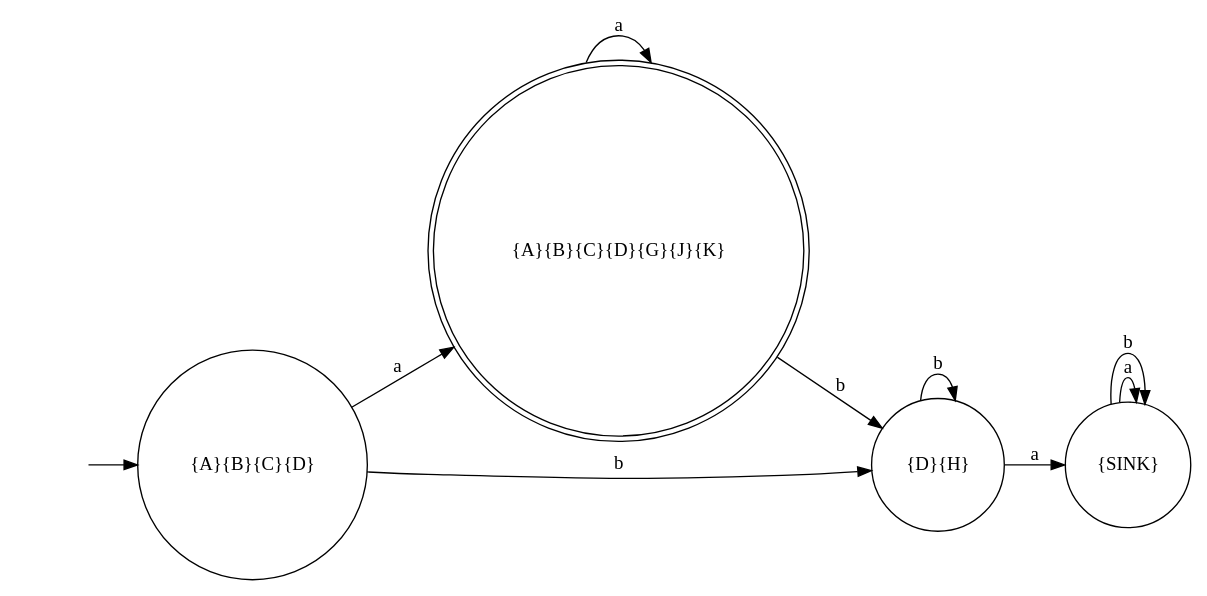
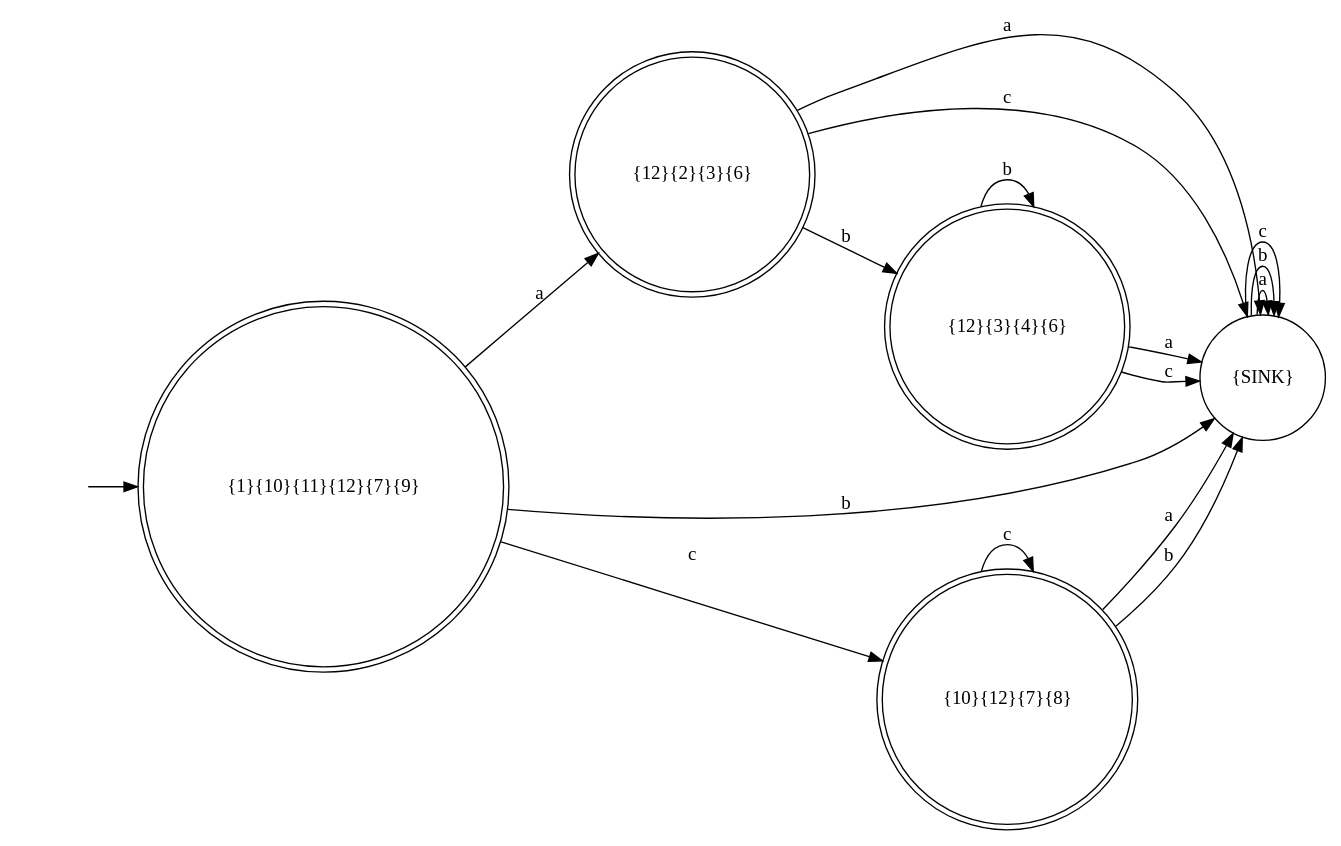
Before and after one commit to arjen0203/AutomataReader: the diagram in Automate Picture/AutomataConvertedDFAPicture.dot, drawn with Graphviz. The commit also changed 16 other files, not shown here.

```diff
--- a/Automate Picture/AutomataConvertedDFAPicture.dot
+++ b/Automate Picture/AutomataConvertedDFAPicture.dot
@@ -1,18 +1,26 @@
 digraph myAutomatonDFA { 
 rankdir=LR; 
 "" [shape=none] 
-"{A}{B}{C}{D}" [shape=circle] 
-"{A}{B}{C}{D}{G}{J}{K}" [shape=doublecircle] 
-"{D}{H}" [shape=circle] 
+"{1}{10}{11}{12}{7}{9}" [shape=doublecircle] 
+"{12}{2}{3}{6}" [shape=doublecircle] 
 "{SINK}" [shape=circle] 
+"{10}{12}{7}{8}" [shape=doublecircle] 
+"{12}{3}{4}{6}" [shape=doublecircle] 
 
-"" -> "{A}{B}{C}{D}" 
-"{A}{B}{C}{D}" -> "{A}{B}{C}{D}{G}{J}{K}" [label="a"] 
-"{A}{B}{C}{D}" -> "{D}{H}" [label="b"] 
-"{A}{B}{C}{D}{G}{J}{K}" -> "{A}{B}{C}{D}{G}{J}{K}" [label="a"] 
-"{A}{B}{C}{D}{G}{J}{K}" -> "{D}{H}" [label="b"] 
-"{D}{H}" -> "{SINK}" [label="a"] 
-"{D}{H}" -> "{D}{H}" [label="b"] 
+"" -> "{1}{10}{11}{12}{7}{9}" 
+"{1}{10}{11}{12}{7}{9}" -> "{12}{2}{3}{6}" [label="a"] 
+"{1}{10}{11}{12}{7}{9}" -> "{SINK}" [label="b"] 
+"{1}{10}{11}{12}{7}{9}" -> "{10}{12}{7}{8}" [label="c"] 
+"{12}{2}{3}{6}" -> "{SINK}" [label="a"] 
+"{12}{2}{3}{6}" -> "{12}{3}{4}{6}" [label="b"] 
+"{12}{2}{3}{6}" -> "{SINK}" [label="c"] 
 "{SINK}" -> "{SINK}" [label="a"] 
 "{SINK}" -> "{SINK}" [label="b"] 
+"{SINK}" -> "{SINK}" [label="c"] 
+"{10}{12}{7}{8}" -> "{SINK}" [label="a"] 
+"{10}{12}{7}{8}" -> "{SINK}" [label="b"] 
+"{10}{12}{7}{8}" -> "{10}{12}{7}{8}" [label="c"] 
+"{12}{3}{4}{6}" -> "{SINK}" [label="a"] 
+"{12}{3}{4}{6}" -> "{12}{3}{4}{6}" [label="b"] 
+"{12}{3}{4}{6}" -> "{SINK}" [label="c"] 
 }
```
